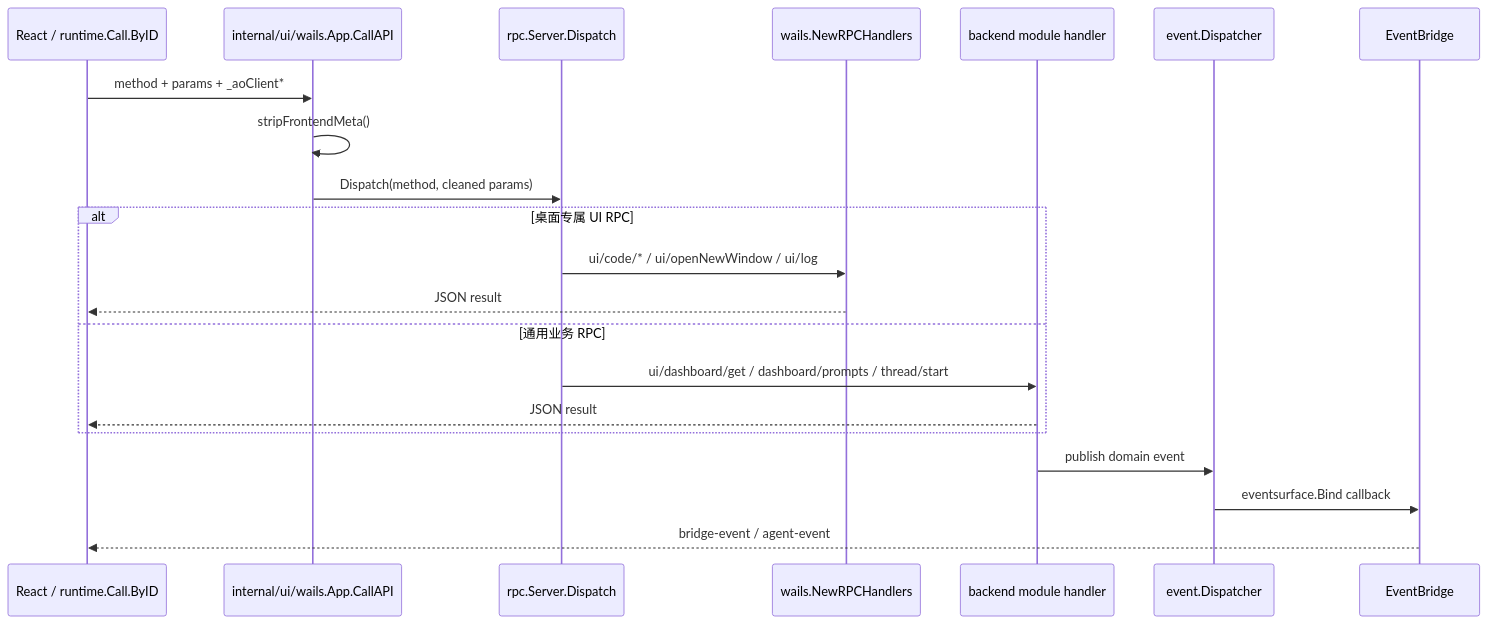
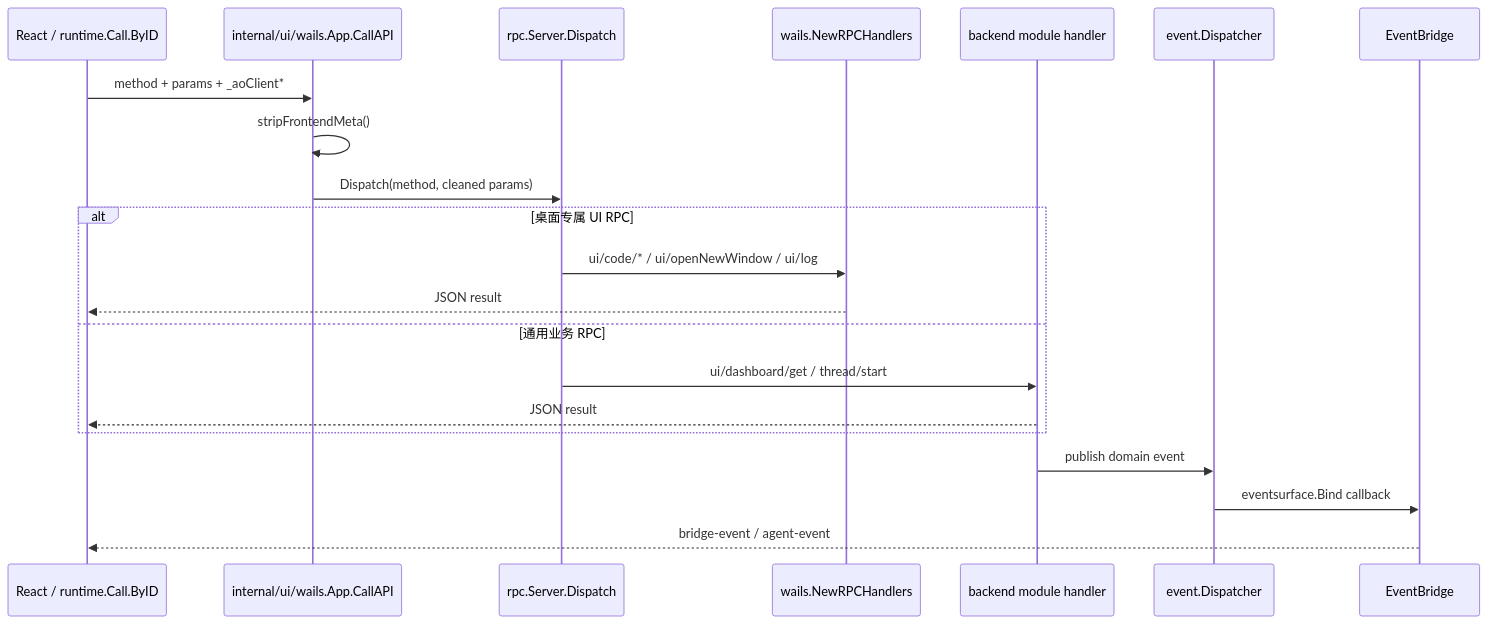
One commit to lihah111222333-cloud/Super-Dolphin-Agent-Cockpit changed the fourth of 4 diagrams in docs/doc/codemap/01-terminal-ui-go.md. Above: the diagram before and after it, drawn with Mermaid. The commit also changed other lines of this file and 257 other files, not shown here.

````diff
--- a/docs/doc/codemap/01-terminal-ui-go.md
+++ b/docs/doc/codemap/01-terminal-ui-go.md
@@ -285,24 +285,24 @@
 ```mermaid
 sequenceDiagram
     participant UI as React / runtime.Call.ByID
     participant APP as internal/ui/wails.App.CallAPI
     participant RPC as rpc.Server.Dispatch
     participant WH as wails.NewRPCHandlers
     participant MOD as backend module handler
     participant BUS as event.Dispatcher
     participant BR as EventBridge
 
     UI->>APP: method + params + _aoClient*
     APP->>APP: stripFrontendMeta()
     APP->>RPC: Dispatch(method, cleaned params)
     alt 桌面专属 UI RPC
         RPC->>WH: ui/code/* / ui/openNewWindow / ui/log
         WH-->>UI: JSON result
     else 通用业务 RPC
-        RPC->>MOD: ui/dashboard/get / dashboard/prompts / thread/start
+        RPC->>MOD: ui/dashboard/get / thread/start
         MOD-->>UI: JSON result
     end
     MOD->>BUS: publish domain event
     BUS->>BR: eventsurface.Bind callback
     BR-->>UI: bridge-event / agent-event
 ```
````
